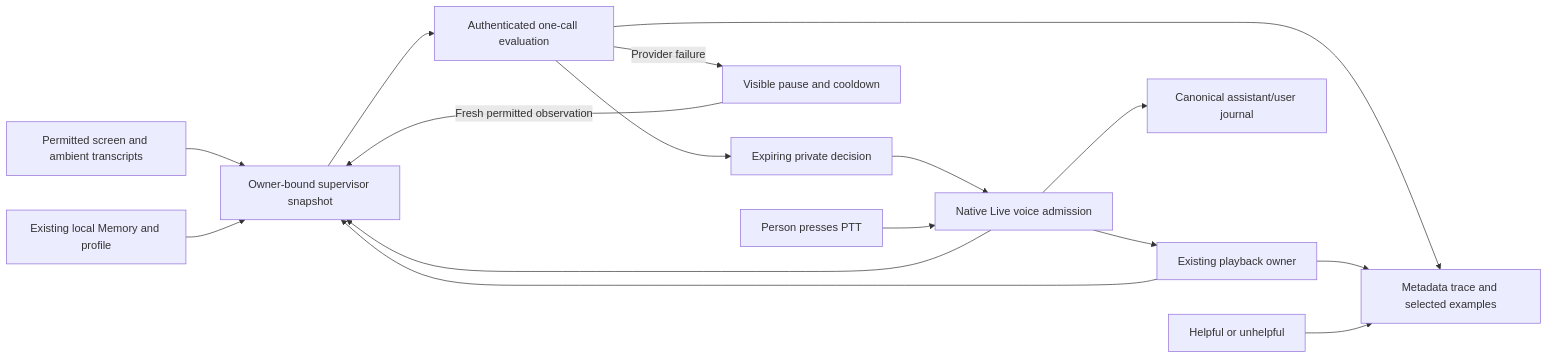
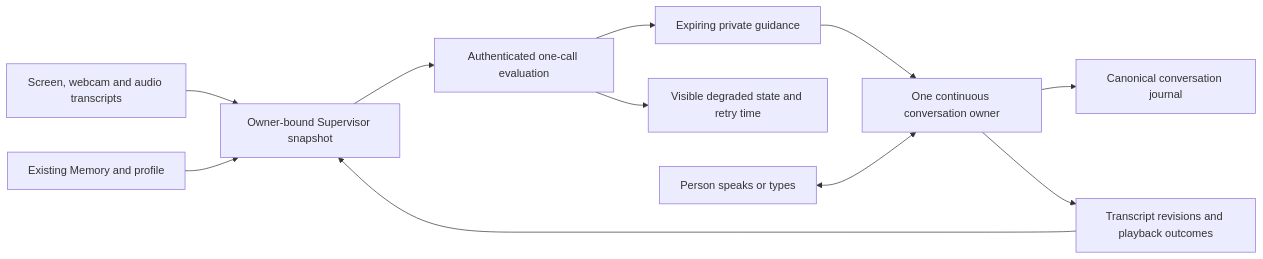
The diagram in openwiki/codebase/workflows/supervisor-conversation.md (sruj75/knowledge-athlete), drawn with Mermaid before and after one commit. The commit also changed other lines of this file and 637 other files, not shown here.

First line of the commit message:
feat: implement continuous conversations and adaptive supervisor

````diff
--- a/openwiki/codebase/workflows/supervisor-conversation.md
+++ b/openwiki/codebase/workflows/supervisor-conversation.md
@@ -64,18 +52,13 @@
 ```mermaid
 flowchart LR
-  Capture[Permitted screen and ambient transcripts] --> B[Owner-bound supervisor snapshot]
-  Local[Existing local Memory and profile] --> B
+  Inputs[Screen, webcam and audio transcripts] --> B[Owner-bound Supervisor snapshot]
+  Context[Existing Memory and profile] --> B
   B --> Evaluate[Authenticated one-call evaluation]
-  Evaluate --> Note[Expiring private decision]
-  Evaluate -->|Provider failure| Pause[Visible pause and cooldown]
-  Pause -->|Fresh permitted observation| B
-  Note --> A[Native Live voice admission]
-  C[Person presses PTT] --> A
-  A --> Playback[Existing playback owner]
-  A --> Journal[Canonical assistant/user journal]
-  Playback --> B
-  A --> B
-  Evaluate --> Trace[Metadata trace and selected examples]
-  Playback --> Trace
-  Feedback[Helpful or unhelpful] --> Trace
+  Evaluate --> Cue[Expiring private guidance]
+  Evaluate --> Pause[Visible degraded state and retry time]
+  Cue --> A[One continuous conversation owner]
+  Person[Person speaks or types] <--> A
+  A --> Journal[Canonical conversation journal]
+  A --> Outcomes[Transcript revisions and playback outcomes]
+  Outcomes --> B
 ```
````
